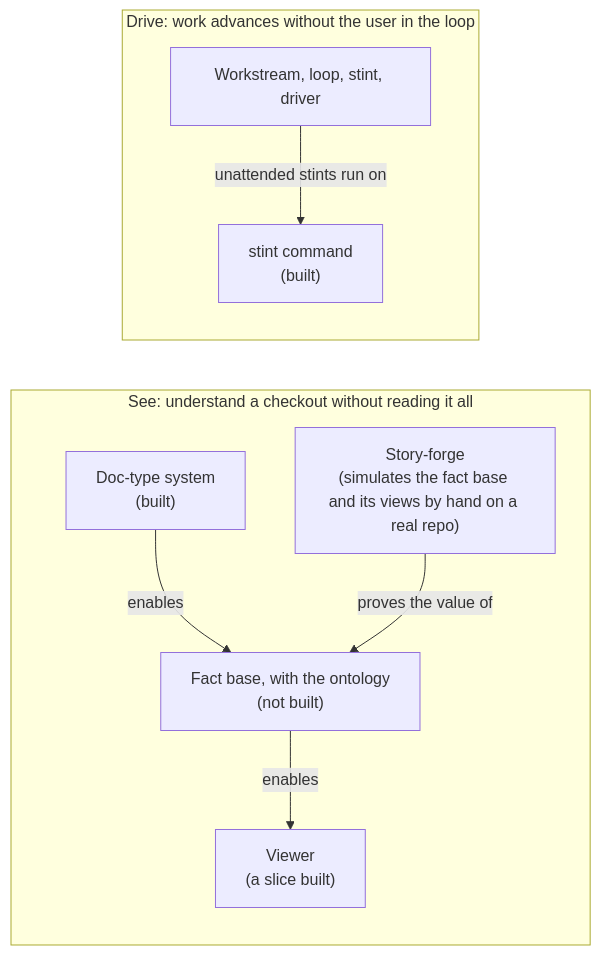
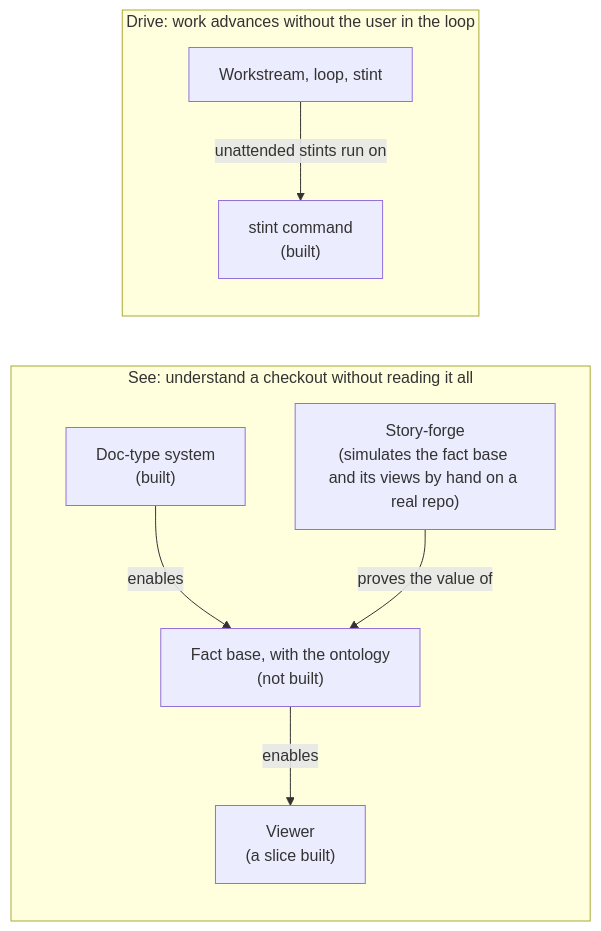
The diagram in workstreams/system/WORKSTREAM.md (GeoffNordling/dev-playbook), drawn with Mermaid before and after one commit. The commit also changed 30 other files, not shown here.

````diff
--- a/workstreams/system/WORKSTREAM.md
+++ b/workstreams/system/WORKSTREAM.md
@@ -38,11 +38,11 @@
 ```mermaid
 flowchart LR
   subgraph SEE["See: understand a checkout without reading it all"]
     DT["Doc-type system<br/>(built)"] -- enables --> FB["Fact base, with the ontology<br/>(not built)"]
     FB -- enables --> V["Viewer<br/>(a slice built)"]
     SF["Story-forge<br/>(simulates the fact base and its views by hand on a real repo)"] -- proves the value of --> FB
   end
   subgraph DRIVE["Drive: work advances without the user in the loop"]
-    W["Workstream, loop, stint, driver"] -- unattended stints run on --> SC["stint command<br/>(built)"]
+    W["Workstream, loop, stint"] -- unattended stints run on --> SC["stint command<br/>(built)"]
   end
 ```
````
